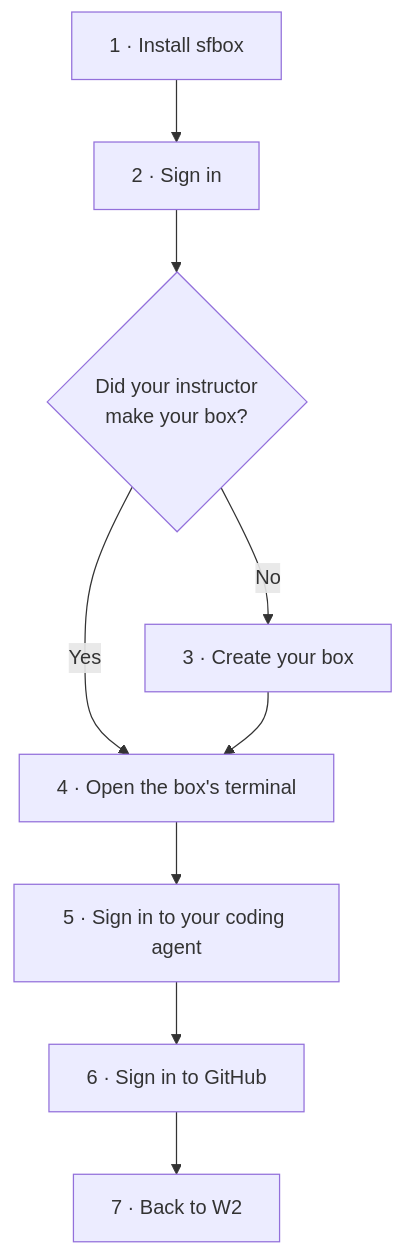
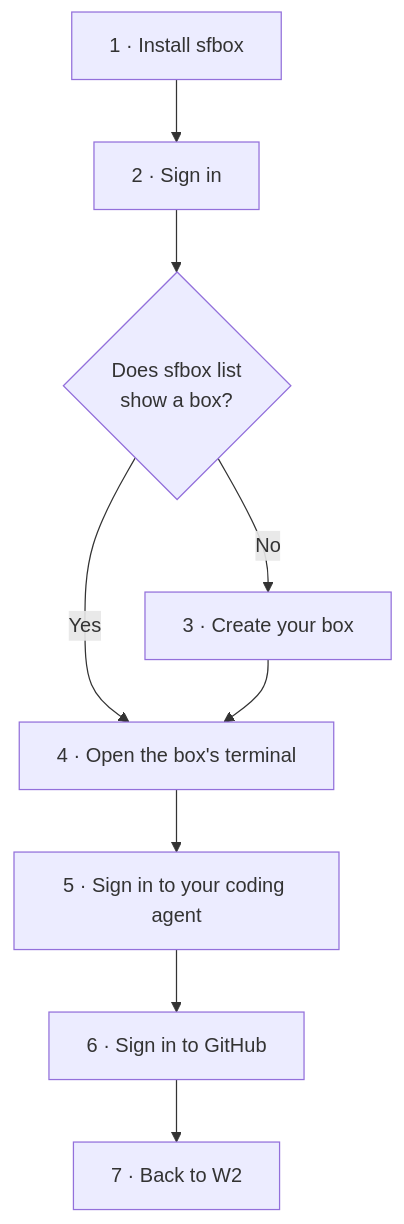
One commit to actual-software/sf-tutorial changed the diagram in CLOUD_BOX_GUIDE.md. Above: the diagram before and after it, drawn with Mermaid. The commit also changed other lines of this file, not shown here.

First line of the commit message:
Have participants find a pre-made box with sfbox list (#67)

````diff
--- a/CLOUD_BOX_GUIDE.md
+++ b/CLOUD_BOX_GUIDE.md
@@ -31,11 +32,11 @@
 ```mermaid
 flowchart TD
     A[1 · Install sfbox] --> B[2 · Sign in]
-    B --> C{Did your instructor<br/>make your box?}
+    B --> C{Does sfbox list<br/>show a box?}
     C -->|No| D[3 · Create your box]
     C -->|Yes| E[4 · Open the box's terminal]
     D --> E
     E --> F[5 · Sign in to your coding agent]
     F --> G[6 · Sign in to GitHub]
     G --> H[7 · Back to W2]
 ```
````
